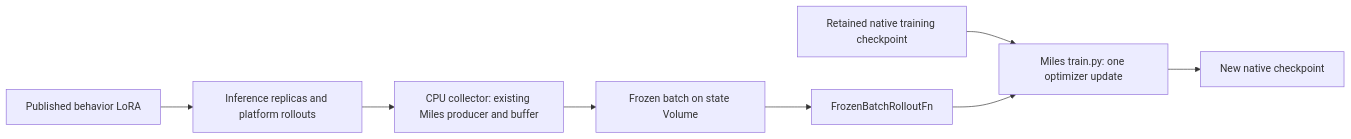
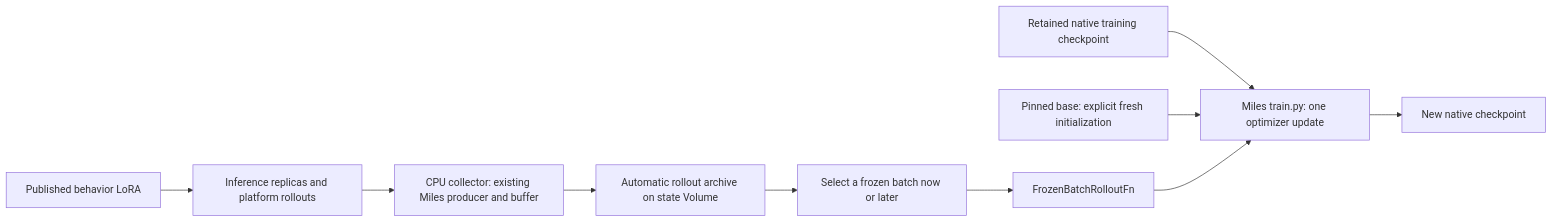
The diagram in docs/proximal/offline-batches.md (Proximal-Labs/miles), drawn with Mermaid before and after one commit. The commit also changed other lines of this file and 16 other files, not shown here.

````diff
--- a/docs/proximal/offline-batches.md
+++ b/docs/proximal/offline-batches.md
@@ -8,10 +8,12 @@
 ```mermaid
 flowchart LR
   P[Published behavior LoRA] --> R[Inference replicas and platform rollouts]
   R --> C[CPU collector: existing Miles producer and buffer]
-  C --> B[Frozen batch on state Volume]
+  C --> A[Automatic rollout archive on state Volume]
+  A --> B[Select a frozen batch now or later]
   B --> F[FrozenBatchRolloutFn]
   K[Retained native training checkpoint] --> T[Miles train.py: one optimizer update]
+  Q[Pinned base: explicit fresh initialization] --> T
   F --> T
   T --> N[New native checkpoint]
 ```
````
